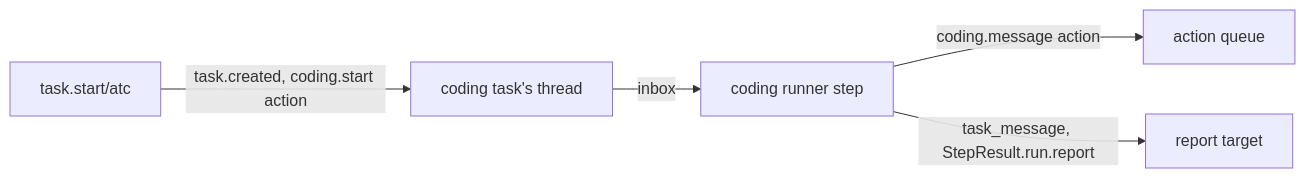
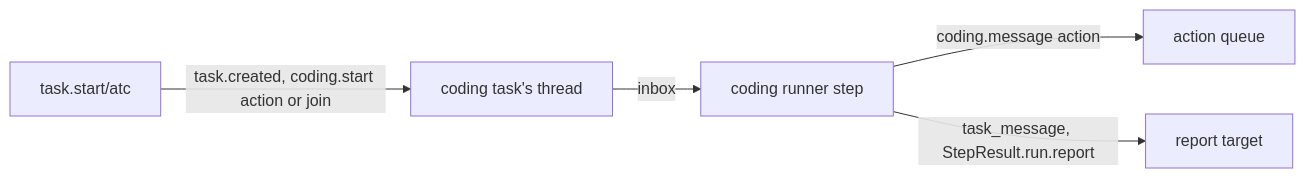
One commit to zgeoff/nixie changed the diagram in docs/design/queue/coding-session-runner/runner.md. Above: the diagram before and after it, drawn with Mermaid. The commit also changed other lines of this file and 4 other files, not shown here.

Commit message:
docs(design): rewrite the coding runner and let nix join a session

````diff
--- a/docs/design/queue/coding-session-runner/runner.md
+++ b/docs/design/queue/coding-session-runner/runner.md
@@ -15,7 +16,7 @@
 ```mermaid
 flowchart LR
-  start[task.start/atc] -->|"task.created, coding.start action"| thread[coding task's thread]
+  start[task.start/atc] -->|"task.created, coding.start action or join"| thread[coding task's thread]
   thread -->|inbox| step[coding runner step]
   step -->|"coding.message action"| queue[action queue]
   step -->|"task_message, StepResult.run.report"| target[report target]
 ```
````
